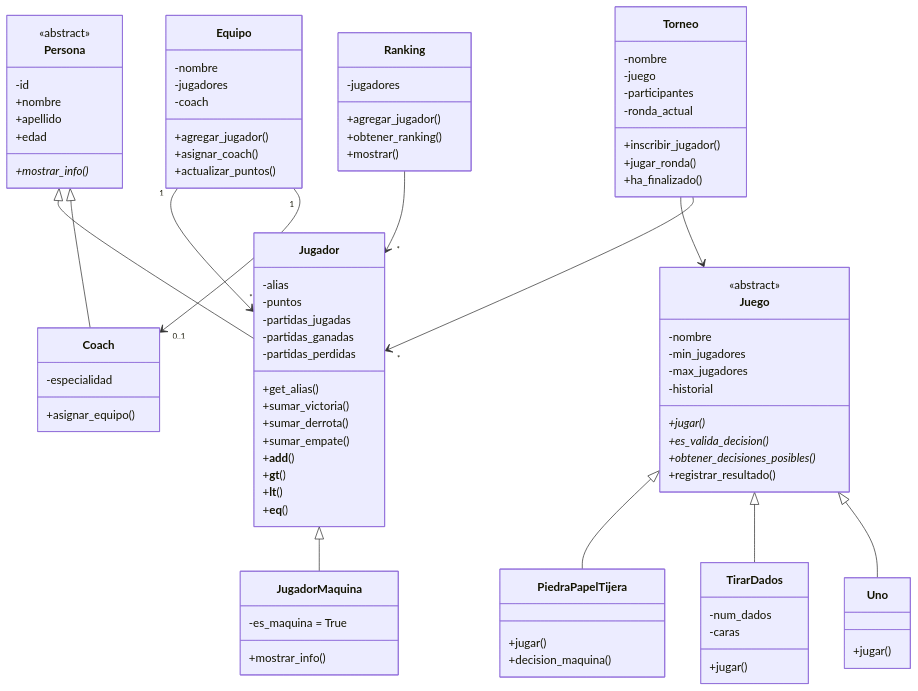
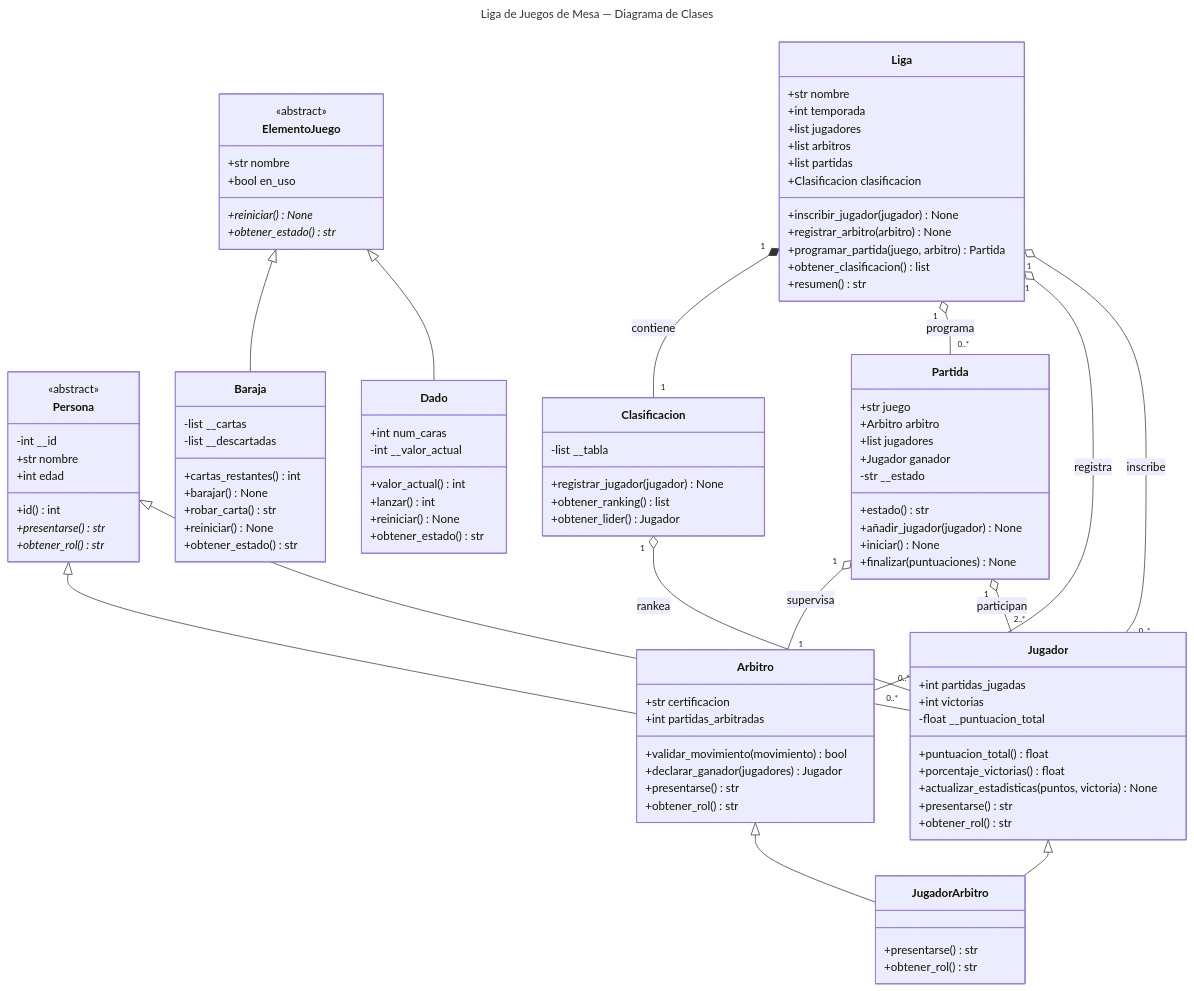
One commit to prog2-ia/trabajo-final-a4 changed the diagram in README.md. Above: the diagram before and after it, drawn with Mermaid. The commit also changed other lines of this file, not shown here.

````diff
--- a/README.md
+++ b/README.md
@@ -44,102 +49,121 @@
 ```mermaid
+---
+title: Liga de Juegos de Mesa — Diagrama de Clases
+---
 classDiagram
+    direction TB
+
     class Persona {
         <<abstract>>
-        -id
-        +nombre
-        +apellido
-        +edad
-        +mostrar_info()*
+        -int __id
+        +str nombre
+        +int edad
+        +id() int
+        +presentarse()* str
+        +obtener_rol()* str
+    }
+
+    class ElementoJuego {
+        <<abstract>>
+        +str nombre
+        +bool en_uso
+        +reiniciar()* None
+        +obtener_estado()* str
     }
 
     class Jugador {
-        -alias
-        -puntos
-        -partidas_jugadas
-        -partidas_ganadas
-        -partidas_perdidas
-        +get_alias()
-        +sumar_victoria()
-        +sumar_derrota()
-        +sumar_empate()
-        +__add__()
-        +__gt__()
-        +__lt__()
-        +__eq__()
+        +int partidas_jugadas
+        +int victorias
+        -float __puntuacion_total
+        +puntuacion_total() float
+        +porcentaje_victorias() float
+        +actualizar_estadisticas(puntos, victoria) None
+        +presentarse() str
+        +obtener_rol() str
     }
 
-    class JugadorMaquina {
-        -es_maquina = True
-        +mostrar_info()
+    class Arbitro {
+        +str certificacion
+        +int partidas_arbitradas
+        +validar_movimiento(movimiento) bool
+        +declarar_ganador(jugadores) Jugador
+        +presentarse() str
+        +obtener_rol() str
     }
 
-    class Coach {
-        -especialidad
-        +asignar_equipo()
+    class JugadorArbitro {
+        +presentarse() str
+        +obtener_rol() str
     }
 
-    class Juego {
-        <<abstract>>
-        -nombre
-        -min_jugadores
-        -max_jugadores
-        -historial
-        +jugar()*
-        +es_valida_decision()*
-        +obtener_decisiones_posibles()*
-        +registrar_resultado()
+    class Dado {
+        +int num_caras
+        -int __valor_actual
+        +valor_actual() int
+        +lanzar() int
+        +reiniciar() None
+        +obtener_estado() str
     }
 
-    class PiedraPapelTijera {
-        +jugar()
-        +decision_maquina()
+    class Baraja {
+        -list __cartas
+        -list __descartadas
+        +cartas_restantes() int
+        +barajar() None
+        +robar_carta() str
+        +reiniciar() None
+        +obtener_estado() str
     }
 
-    class TirarDados {
-        -num_dados
-        -caras
-        +jugar()
+    class Partida {
+        +str juego
+        +Arbitro arbitro
+        +list jugadores
+        +Jugador ganador
+        -str __estado
+        +estado() str
+        +añadir_jugador(jugador) None
+        +iniciar() None
+        +finalizar(puntuaciones) None
     }
 
-    class Uno {
-        +jugar()
+    class Clasificacion {
+        -list __tabla
+        +registrar_jugador(jugador) None
+        +obtener_ranking() list
+        +obtener_lider() Jugador
     }
 
-    class Equipo {
-        -nombre
-        -jugadores
-        -coach
-        +agregar_jugador()
-        +asignar_coach()
-        +actualizar_puntos()
-    }
-
-    class Torneo {
-        -nombre
-        -juego
-        -participantes
-        -ronda_actual
-        +inscribir_jugador()
-        +jugar_ronda()
-        +ha_finalizado()
-    }
-
-    class Ranking {
-        -jugadores
-        +agregar_jugador()
-        +obtener_ranking()
-        +mostrar()
+    class Liga {
+        +str nombre
+        +int temporada
+        +list jugadores
+        +list arbitros
+        +list partidas
+        +Clasificacion clasificacion
+        +inscribir_jugador(jugador) None
+        +registrar_arbitro(arbitro) None
+        +programar_partida(juego, arbitro) Partida
+        +obtener_clasificacion() list
+        +resumen() str
     }
 
     Persona <|-- Jugador
-    Persona <|-- Coach
-    Jugador <|-- JugadorMaquina
-    Juego <|-- PiedraPapelTijera
-    Juego <|-- TirarDados
-    Juego <|-- Uno
-    Equipo "1" --> "*" Jugador
-    Equipo "1" --> "0..1" Coach
-    Torneo --> Juego
-    Torneo --> "*" Jugador
-    Ranking --> "*" Jugador
+    Persona <|-- Arbitro
+
+    Jugador <|-- JugadorArbitro
+    Arbitro <|-- JugadorArbitro
+
+    ElementoJuego <|-- Dado
+    ElementoJuego <|-- Baraja
+
+    Liga "1" o-- "0..*" Jugador : inscribe
+    Liga "1" o-- "0..*" Arbitro : registra
+    Liga "1" o-- "0..*" Partida : programa
+    Liga "1" *-- "1" Clasificacion : contiene
+
+    Partida "1" o-- "2..*" Jugador : participan
+    Partida "1" o-- "1" Arbitro : supervisa
+
+    Clasificacion "1" o-- "0..*" Jugador : rankea
 ```
````
